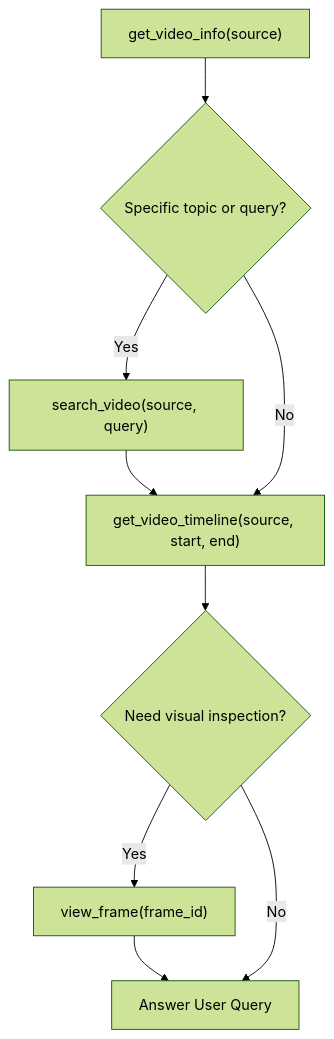
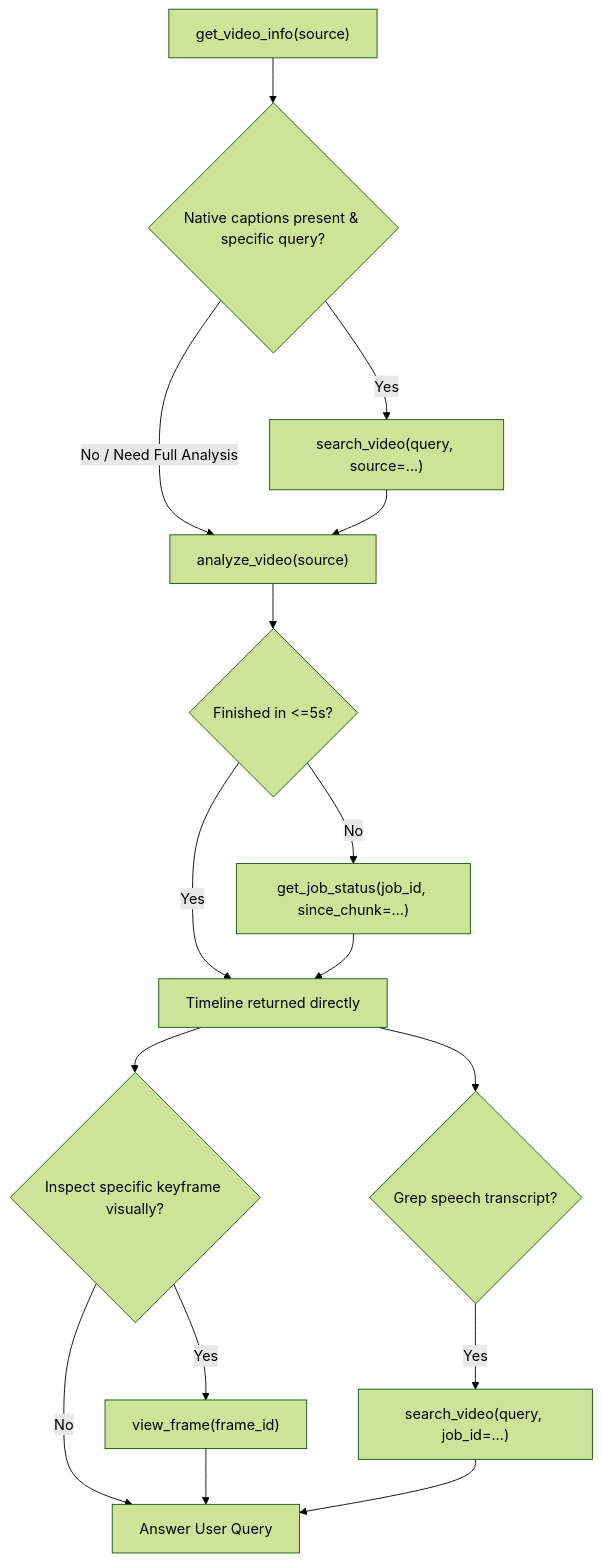
Before and after one commit to DrowsyTM/vidscope: the second of 2 diagrams in README.md, drawn with Mermaid (forest theme). The commit also changed other lines of this file and 4 other files, not shown here.

Commit message:
feat(mcp): unify agentic tools into single analysis entrypoint with streaming and regex search

````diff
--- a/README.md
+++ b/README.md
@@ -168,11 +166,18 @@
 ```mermaid
 flowchart TD
-    A["get_video_info(source)"] --> B{"Specific topic or query?"}
-    B -- Yes --> C["search_video(source, query)"]
-    C --> D["get_video_timeline(source, start, end)"]
-    B -- No --> D
-    D --> E{"Need visual inspection?"}
-    E -- Yes --> F["view_frame(frame_id)"]
-    F --> G["Answer User Query"]
-    E -- No --> G
+    A["get_video_info(source)"] --> B{"Native captions present & specific query?"}
+    B -- Yes --> C["search_video(query, source=...)"]
+    B -- No / Need Full Analysis --> D["analyze_video(source)"]
+    C --> D
+    D --> E{"Finished in <=5s?"}
+    E -- Yes --> F["Timeline returned directly"]
+    E -- No --> G["get_job_status(job_id, since_chunk=...)"]
+    G --> F
+    F --> H{"Inspect specific keyframe visually?"}
+    H -- Yes --> I["view_frame(frame_id)"]
+    H -- No --> J["Answer User Query"]
+    I --> J
+    F --> K{"Grep speech transcript?"}
+    K -- Yes --> L["search_video(query, job_id=...)"]
+    L --> J
 ```
````
